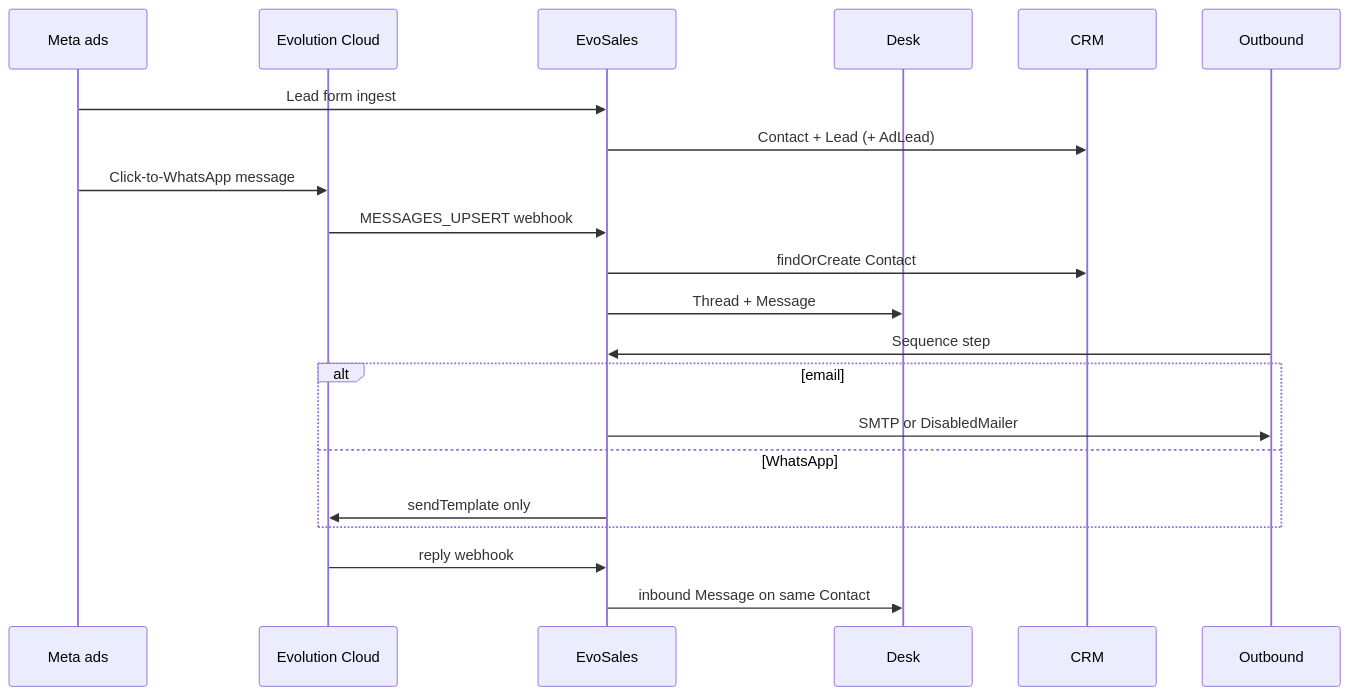
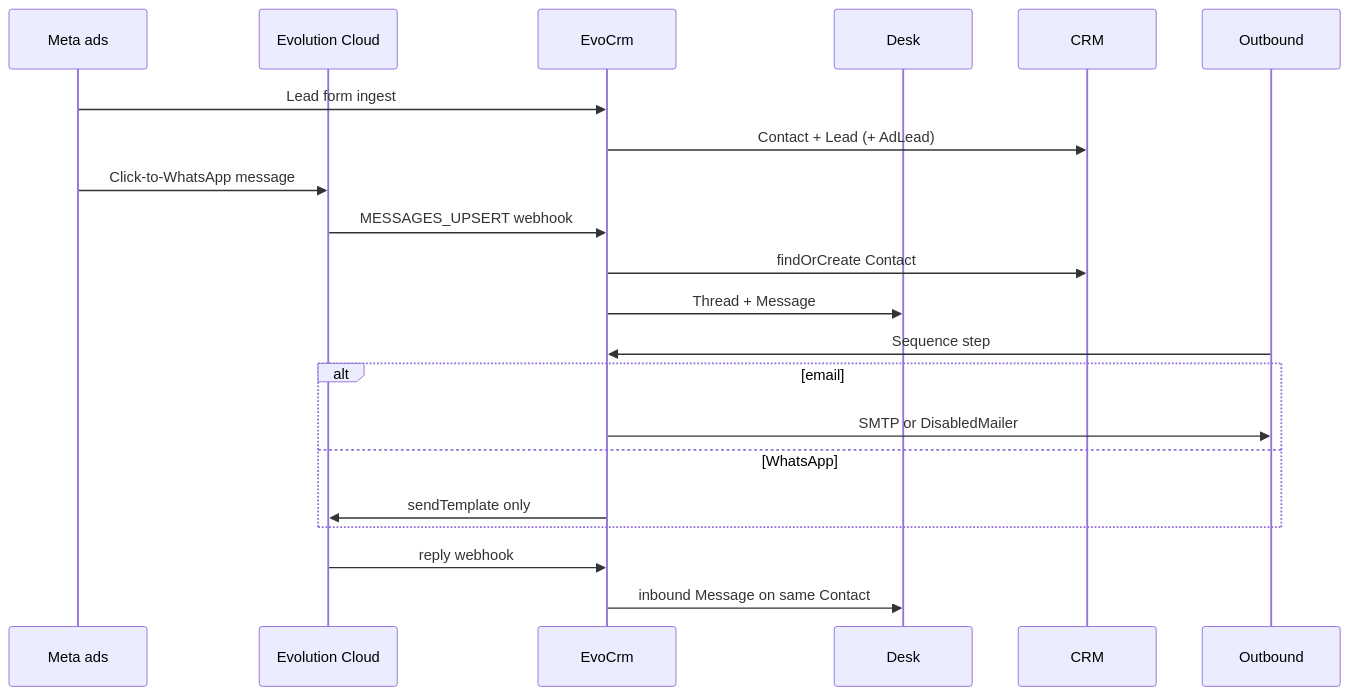
One commit to Ayabeg/EvoCrm changed the second of 2 diagrams in docs/ARCHITECTURE.md. Above: the diagram before and after it, drawn with Mermaid. The commit also changed other lines of this file and 6 other files, not shown here.

First line of the commit message:
chore: product-facing strings say EvoCrm (#175)

````diff
--- a/docs/ARCHITECTURE.md
+++ b/docs/ARCHITECTURE.md
@@ -54,24 +54,24 @@
 ```mermaid
 sequenceDiagram
     participant Meta as Meta ads
     participant Evo as Evolution Cloud
-    participant App as EvoSales
+    participant App as EvoCrm
     participant Desk as Desk
     participant CRM as CRM
     participant Out as Outbound
 
     Meta->>App: Lead form ingest
     App->>CRM: Contact + Lead (+ AdLead)
     Meta->>Evo: Click-to-WhatsApp message
     Evo->>App: MESSAGES_UPSERT webhook
     App->>CRM: findOrCreate Contact
     App->>Desk: Thread + Message
     Out->>App: Sequence step
     alt email
         App->>Out: SMTP or DisabledMailer
     else WhatsApp
         App->>Evo: sendTemplate only
     end
     Evo->>App: reply webhook
     App->>Desk: inbound Message on same Contact
 ```
````
